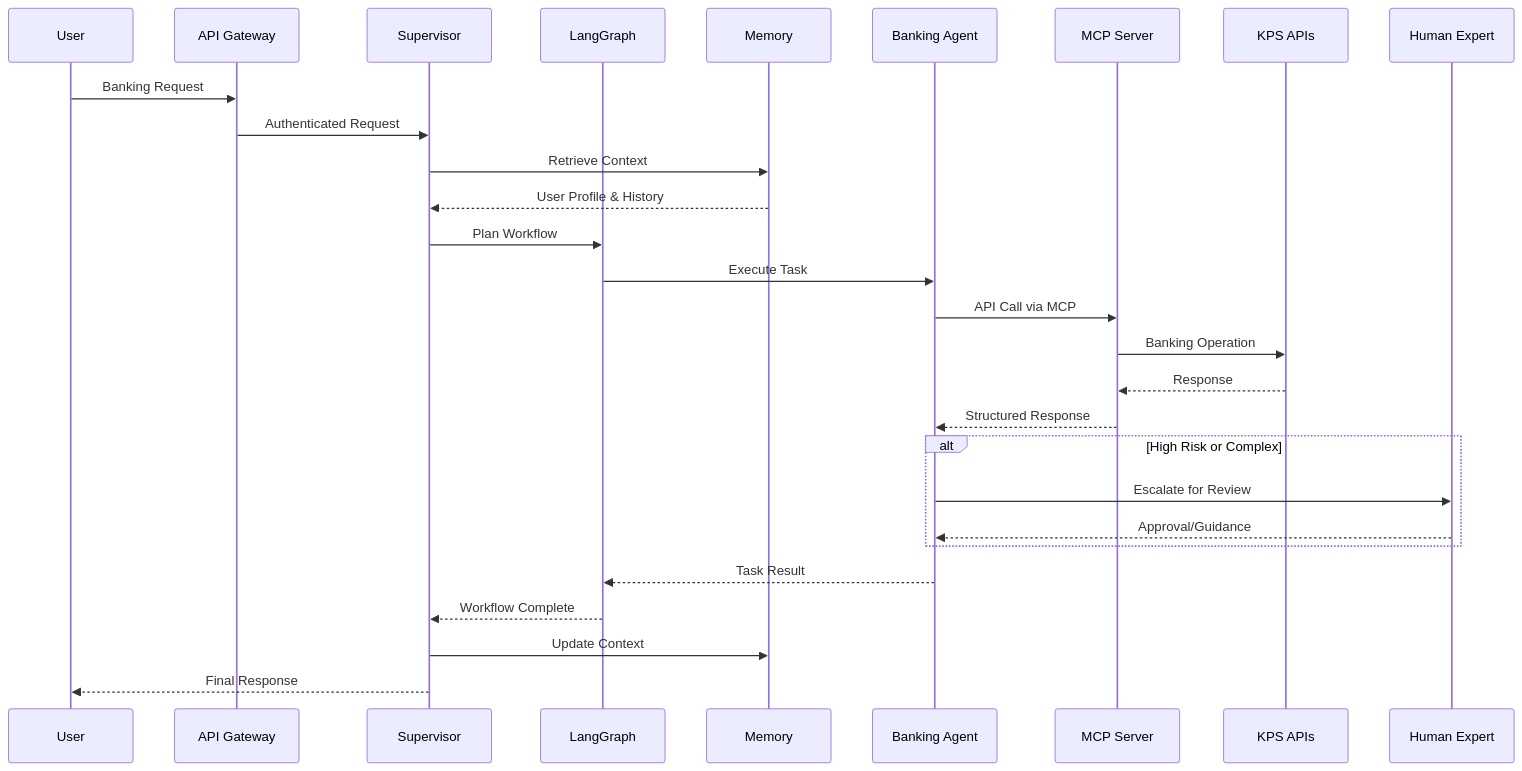
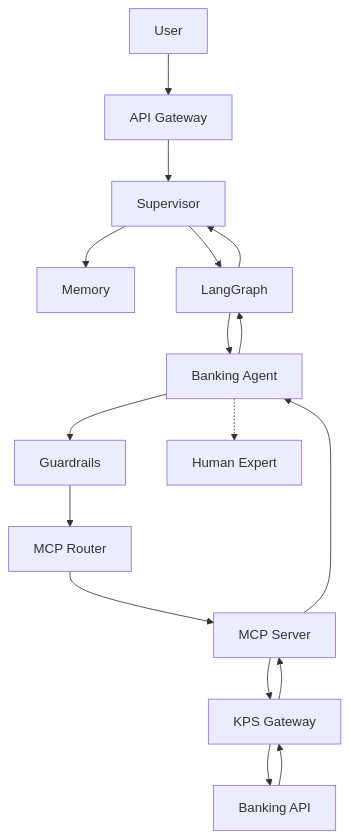
The second of 9 diagrams in docs/ARCHITECTURE.md (sanjeev23oct/agentic-layer), drawn with Mermaid before and after one commit. The commit also changed other lines of this file, not shown here.

````diff
--- a/docs/ARCHITECTURE.md
+++ b/docs/ARCHITECTURE.md
@@ -159,33 +155,16 @@
 ```mermaid
-sequenceDiagram
-    participant User
-    participant API_GW as API Gateway
-    participant Supervisor
-    participant LangGraph
-    participant Memory
-    participant Agent as Banking Agent
-    participant MCP as MCP Server
-    participant KPS as KPS APIs
-    participant Human as Human Expert
+graph TD
+    User[User] --> API_GW[API Gateway]
+    API_GW --> Supervisor
+    Supervisor --> Memory
+    Supervisor --> LangGraph
+    LangGraph --> Agent[Banking Agent]
+    Agent --> GUARDRAILS[Guardrails]
+    GUARDRAILS --> MCP_ROUTER[MCP Router]
+    MCP_ROUTER --> MCP[MCP Server]
+    MCP --> KPS[KPS Gateway]
+    KPS --> API[Banking API]
+    API --> KPS --> MCP --> Agent --> LangGraph --> Supervisor
 
-    User->>API_GW: Banking Request
-    API_GW->>Supervisor: Authenticated Request
-    Supervisor->>Memory: Retrieve Context
-    Memory-->>Supervisor: User Profile & History
-    Supervisor->>LangGraph: Plan Workflow
-    LangGraph->>Agent: Execute Task
-    Agent->>MCP: API Call via MCP
-    MCP->>KPS: Banking Operation
-    KPS-->>MCP: Response
-    MCP-->>Agent: Structured Response
-
-    alt High Risk or Complex
-        Agent->>Human: Escalate for Review
-        Human-->>Agent: Approval/Guidance
-    end
-
-    Agent-->>LangGraph: Task Result
-    LangGraph-->>Supervisor: Workflow Complete
-    Supervisor->>Memory: Update Context
-    Supervisor-->>User: Final Response
+    Agent -.-> Human[Human Expert]
 ```
````
